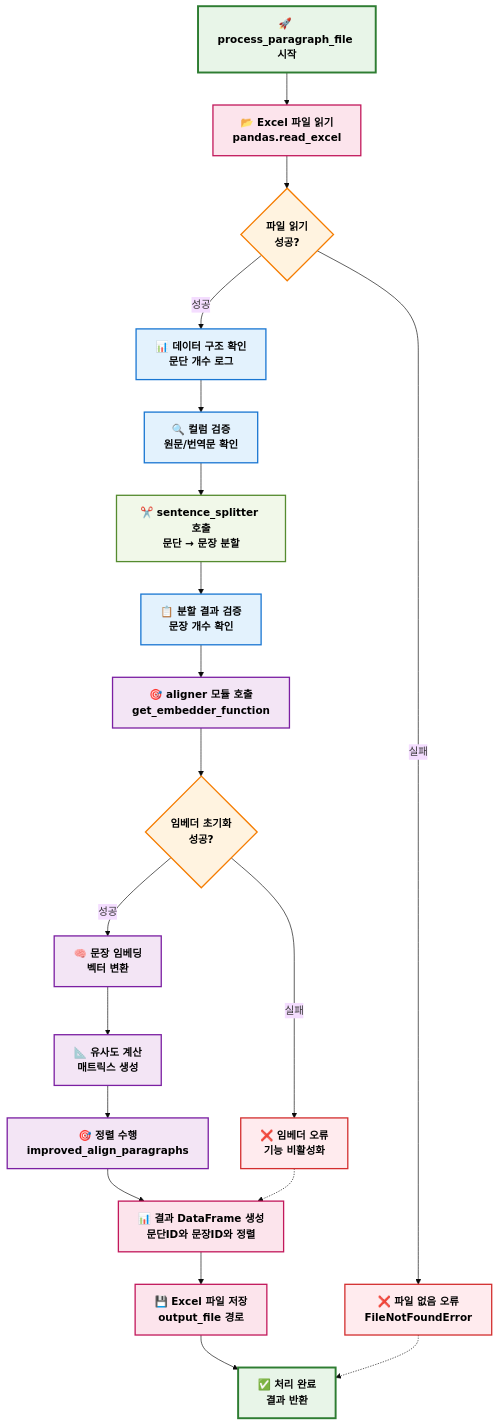
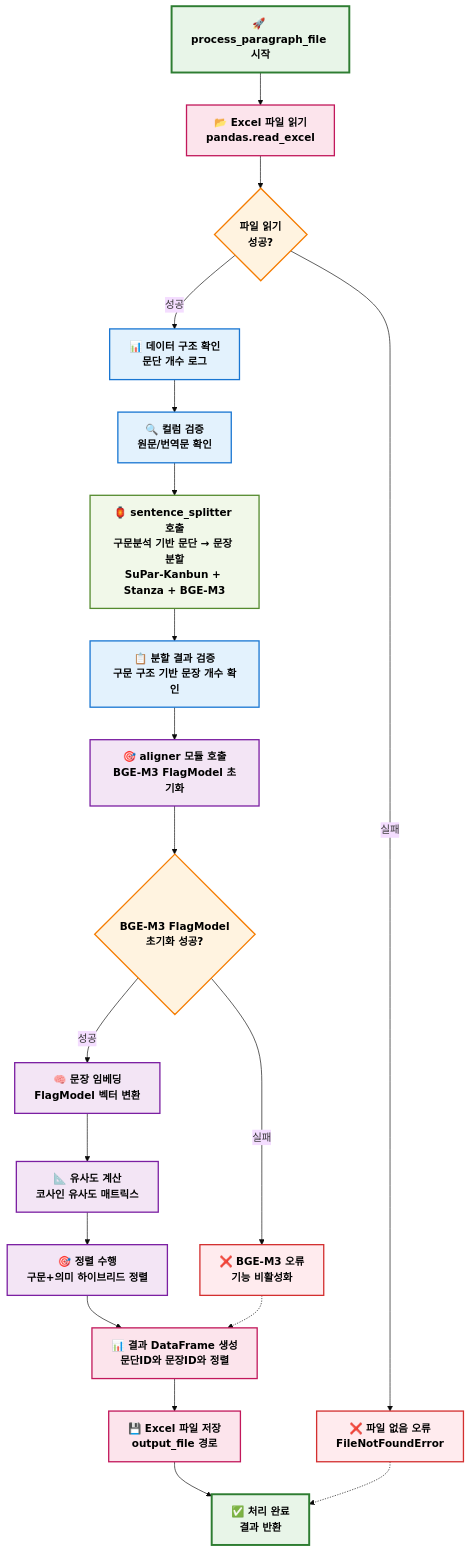
One commit to hw725/CSP changed the third of 6 diagrams in etc/PA_디렉토리_플로우차트.md. Above: the diagram before and after it, drawn with Mermaid (base theme). The commit also changed other lines of this file and 439 other files, not shown here.

````diff
--- a/etc/PA_디렉토리_플로우차트.md
+++ b/etc/PA_디렉토리_플로우차트.md
@@ -126,61 +129,61 @@
 ```mermaid
 flowchart TD
     %% 스타일 정의
     classDef startEnd fill:#e8f5e8,stroke:#2e7d32,stroke-width:3px,color:#000,font-weight:bold
     classDef process fill:#e3f2fd,stroke:#1976d2,stroke-width:2px,color:#000,font-weight:bold
     classDef decision fill:#fff3e0,stroke:#f57c00,stroke-width:2px,color:#000,font-weight:bold
     classDef data fill:#fce4ec,stroke:#c2185b,stroke-width:2px,color:#000,font-weight:bold
     classDef splitter fill:#f1f8e9,stroke:#558b2f,stroke-width:2px,color:#000,font-weight:bold
     classDef aligner fill:#f3e5f5,stroke:#7b1fa2,stroke-width:2px,color:#000,font-weight:bold
     classDef error fill:#ffebee,stroke:#d32f2f,stroke-width:2px,color:#000,font-weight:bold
     
     A[🚀 process_paragraph_file 시작]:::startEnd
     
     %% 입력 파일 처리
     B[📂 Excel 파일 읽기<br/>pandas.read_excel]:::data
     C{파일 읽기<br/>성공?}:::decision
     D[❌ 파일 없음 오류<br/>FileNotFoundError]:::error
     
     %% 데이터 검증
     E[📊 데이터 구조 확인<br/>문단 개수 로그]:::process
     F[🔍 컬럼 검증<br/>원문/번역문 확인]:::process
     
-    %% 문장 분할 단계
-    G[✂️ sentence_splitter 호출<br/>문단 → 문장 분할]:::splitter
-    H[📋 분할 결과 검증<br/>문장 개수 확인]:::process
+    %% 구문분석 기반 분할
+    G[🏮 sentence_splitter 호출<br/>구문분석 기반 문단 → 문장 분할<br/>SuPar-Kanbun + Stanza + BGE-M3]:::splitter
+    H[📋 분할 결과 검증<br/>구문 구조 기반 문장 개수 확인]:::process
     
-    %% 임베딩 및 정렬
-    I[🎯 aligner 모듈 호출<br/>get_embedder_function]:::aligner
-    J{임베더 초기화<br/>성공?}:::decision
-    K[❌ 임베더 오류<br/>기능 비활성화]:::error
+    %% BGE-M3 FlagModel 임베딩 및 정렬
+    I[🎯 aligner 모듈 호출<br/>BGE-M3 FlagModel 초기화]:::aligner
+    J{BGE-M3 FlagModel<br/>초기화 성공?}:::decision
+    K[❌ BGE-M3 오류<br/>기능 비활성화]:::error
     
-    L[🧠 문장 임베딩<br/>벡터 변환]:::aligner
-    M[📐 유사도 계산<br/>매트릭스 생성]:::aligner
-    N[🎯 정렬 수행<br/>improved_align_paragraphs]:::aligner
+    L[🧠 문장 임베딩<br/>FlagModel 벡터 변환]:::aligner
+    M[📐 유사도 계산<br/>코사인 유사도 매트릭스]:::aligner
+    N[🎯 정렬 수행<br/>구문+의미 하이브리드 정렬]:::aligner
     
     %% 결과 처리
     O[📊 결과 DataFrame 생성<br/>문단ID와 문장ID와 정렬]:::data
     P[💾 Excel 파일 저장<br/>output_file 경로]:::data
     Q[✅ 처리 완료<br/>결과 반환]:::startEnd
     
     A --> B
     B --> C
     C -->|실패| D
     C -->|성공| E
     E --> F
     F --> G
     G --> H
     H --> I
     I --> J
     J -->|실패| K
     J -->|성공| L
     L --> M
     M --> N
     N --> O
     O --> P
     P --> Q
     
     %% 오류 경로
     D -.-> Q
     K -.-> O
 ```
````
